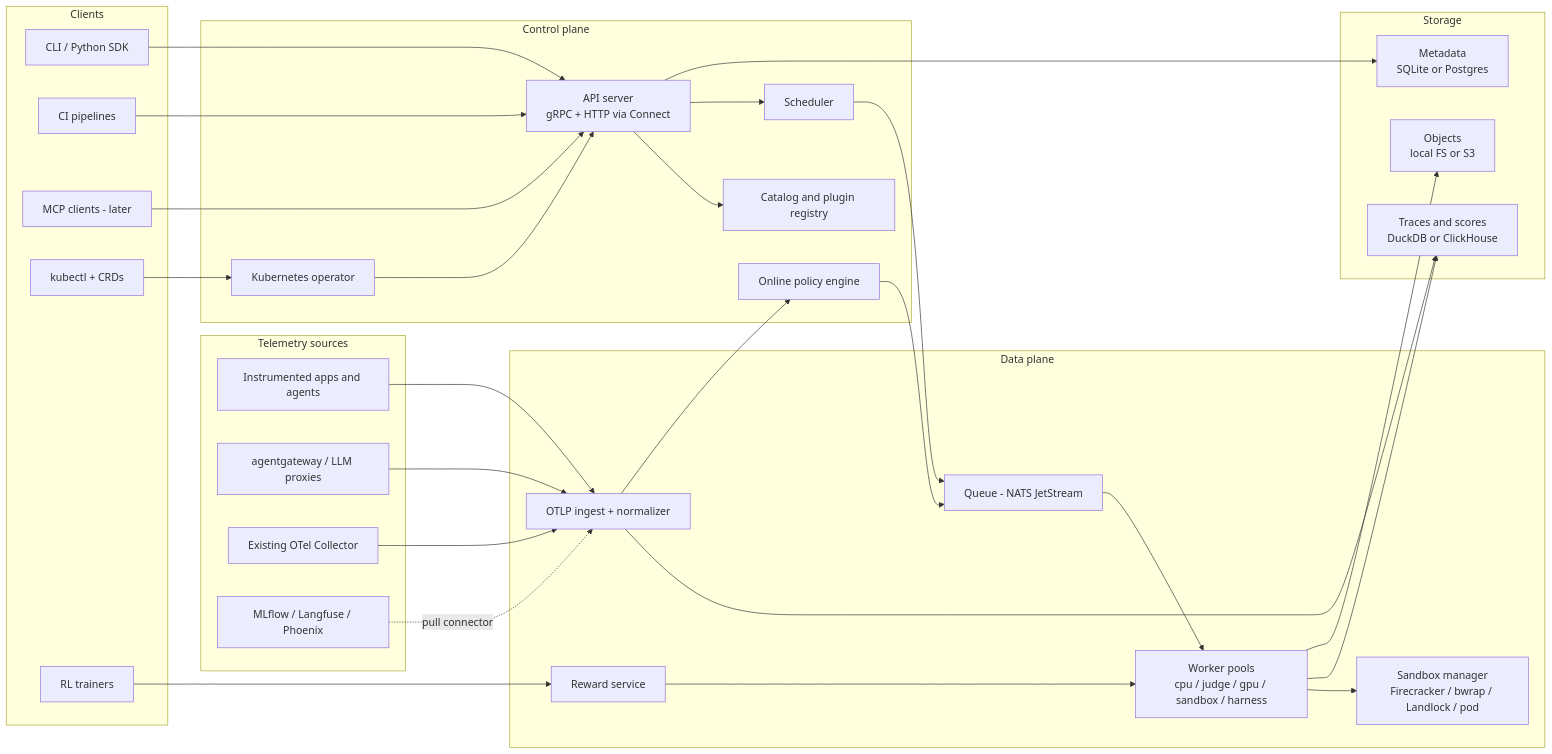
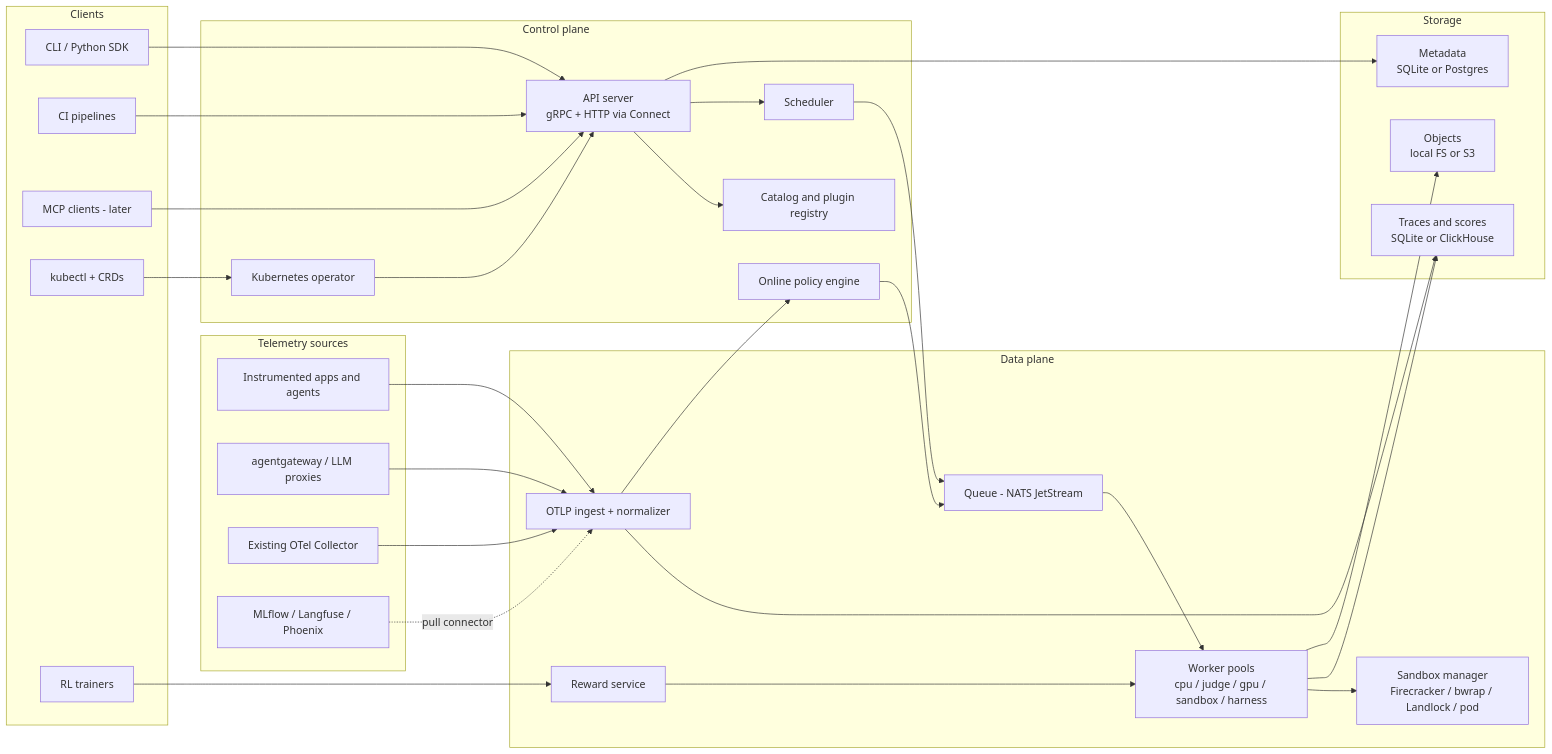
The first of 4 diagrams in docs/DESIGN.md (Abhishek-Rnjn/Evals.si), drawn with Mermaid before and after one commit. The commit also changed other lines of this file and 7 other files, not shown here.

````diff
--- a/docs/DESIGN.md
+++ b/docs/DESIGN.md
@@ -196,59 +196,59 @@
 ```mermaid
 flowchart LR
   subgraph Clients["Clients"]
     CLI["CLI / Python SDK"]
     CI["CI pipelines"]
     MCPC["MCP clients - later"]
     KCTL["kubectl + CRDs"]
     TRN["RL trainers"]
   end
 
   subgraph Sources["Telemetry sources"]
     APP["Instrumented apps and agents"]
     GW["agentgateway / LLM proxies"]
     OTC["Existing OTel Collector"]
     BYO["MLflow / Langfuse / Phoenix"]
   end
 
   subgraph CP["Control plane"]
     API["API server<br/>gRPC + HTTP via Connect"]
     CAT["Catalog and plugin registry"]
     SCH["Scheduler"]
     OPR["Kubernetes operator"]
     POL["Online policy engine"]
   end
 
   subgraph DP["Data plane"]
     ING["OTLP ingest + normalizer"]
     Q["Queue - NATS JetStream"]
     W["Worker pools<br/>cpu / judge / gpu / sandbox / harness"]
     SBX["Sandbox manager<br/>Firecracker / bwrap / Landlock / pod"]
     RWD["Reward service"]
   end
 
   subgraph ST["Storage"]
     META["Metadata<br/>SQLite or Postgres"]
-    TS["Traces and scores<br/>DuckDB or ClickHouse"]
+    TS["Traces and scores<br/>SQLite or ClickHouse"]
     OBJ["Objects<br/>local FS or S3"]
   end
 
   CLI --> API
   CI --> API
   MCPC --> API
   KCTL --> OPR --> API
   TRN --> RWD
   APP --> ING
   GW --> ING
   OTC --> ING
   BYO -.->|pull connector| ING
   API --> CAT
   API --> SCH --> Q
   ING --> TS
   ING --> POL --> Q
   Q --> W
   RWD --> W
   W --> SBX
   W --> TS
   W --> OBJ
   API --> META
 ```
````
